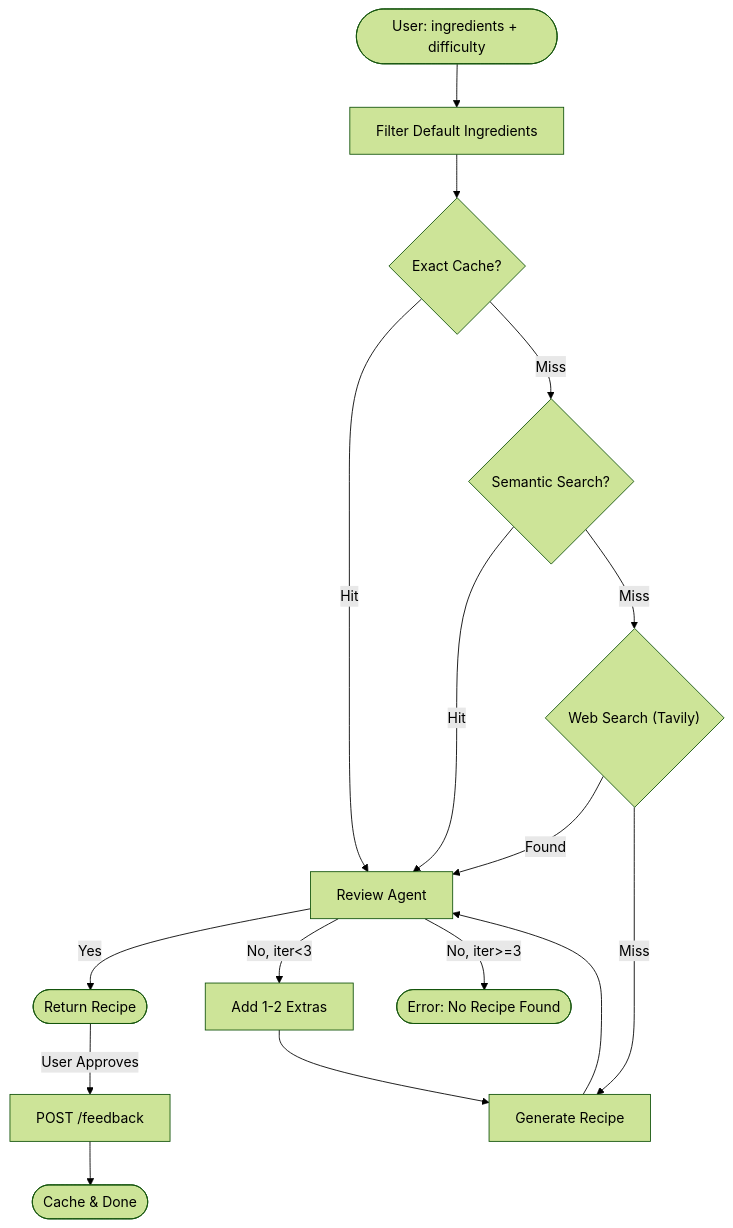
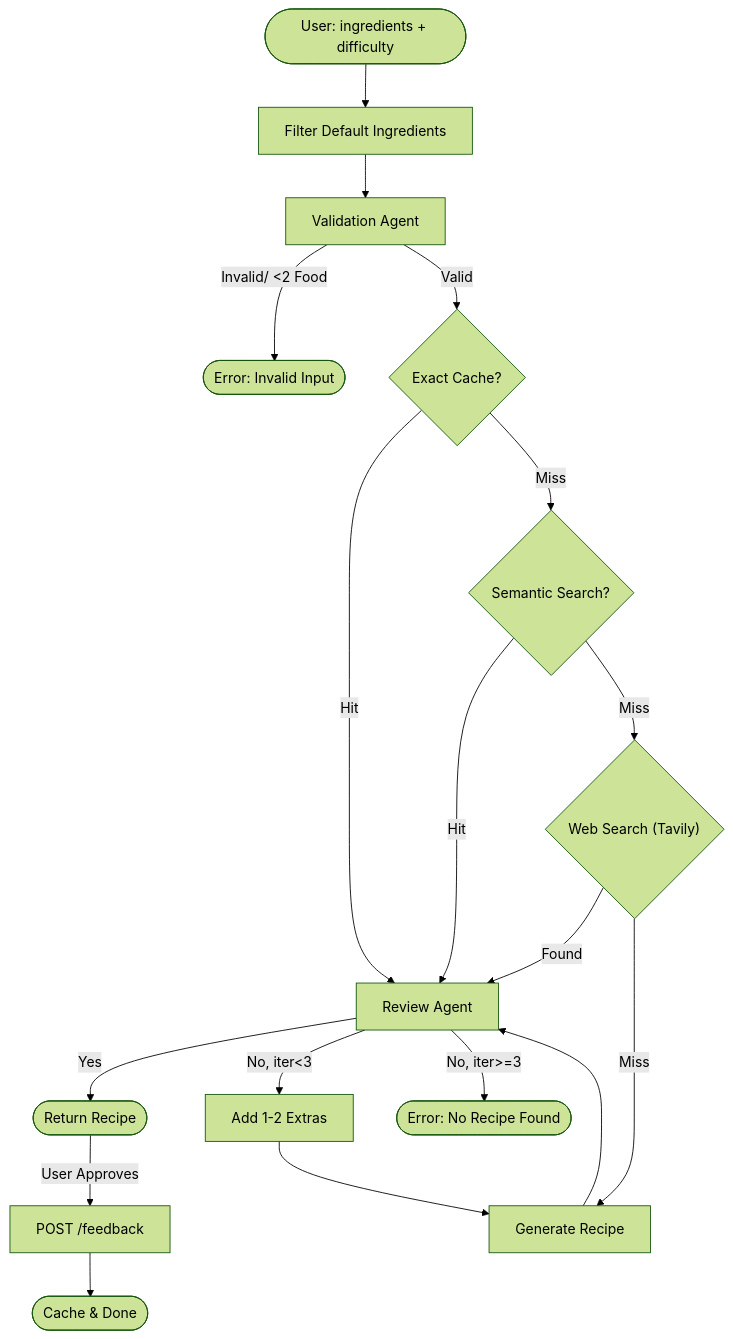
The diagram in README.md (dnzbekts/chestia-app), drawn with Mermaid (forest theme) before and after one commit. The commit also changed other lines of this file, not shown here.

First line of the commit message:
docs: update README with validation agent and architecture changes

````diff
--- a/README.md
+++ b/README.md
@@ -28,22 +30,25 @@
 ```mermaid
 graph TD
     User([User: ingredients + difficulty]) --> Filter[Filter Default Ingredients]
-    Filter --> ExactCache{Exact Cache?}
+    Filter --> Validation[Validation Agent]
+    Validation -- "Invalid/ <2 Food" --> Error([Error: Invalid Input])
+    Validation -- Valid --> ExactCache{Exact Cache?}
+    
     ExactCache -- Hit --> Review[Review Agent]
     ExactCache -- Miss --> SemanticCache{Semantic Search?}
     
     SemanticCache -- Hit --> Review
     SemanticCache -- Miss --> Search{"Web Search (Tavily)"}
     
     Search -- Found --> Review
     Search -- Miss --> Generate[Generate Recipe]
     
     Generate --> Review
     Review -- Yes --> Result([Return Recipe])
     Review -- No, iter<3 --> AddExtras[Add 1-2 Extras]
     AddExtras --> Generate
-    Review -- No, iter>=3 --> Error([Error: No Recipe Found])
+    Review -- No, iter>=3 --> ErrorResult([Error: No Recipe Found])
     
     Result -- User Approves --> Feedback[POST /feedback]
     Feedback --> Done([Cache & Done])
 ```
````
